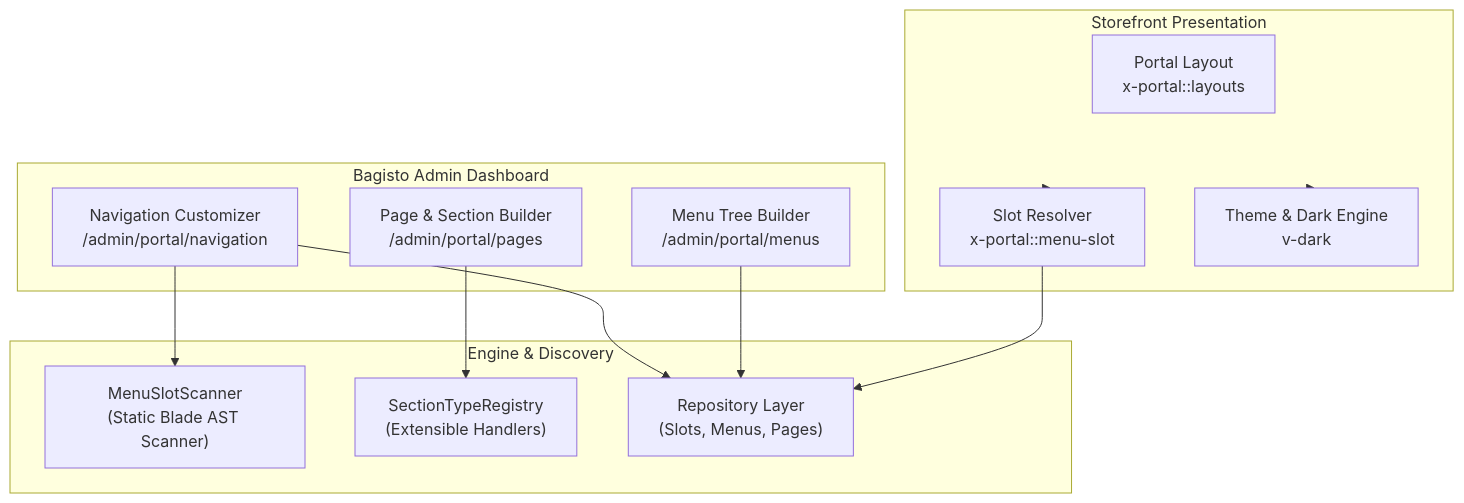
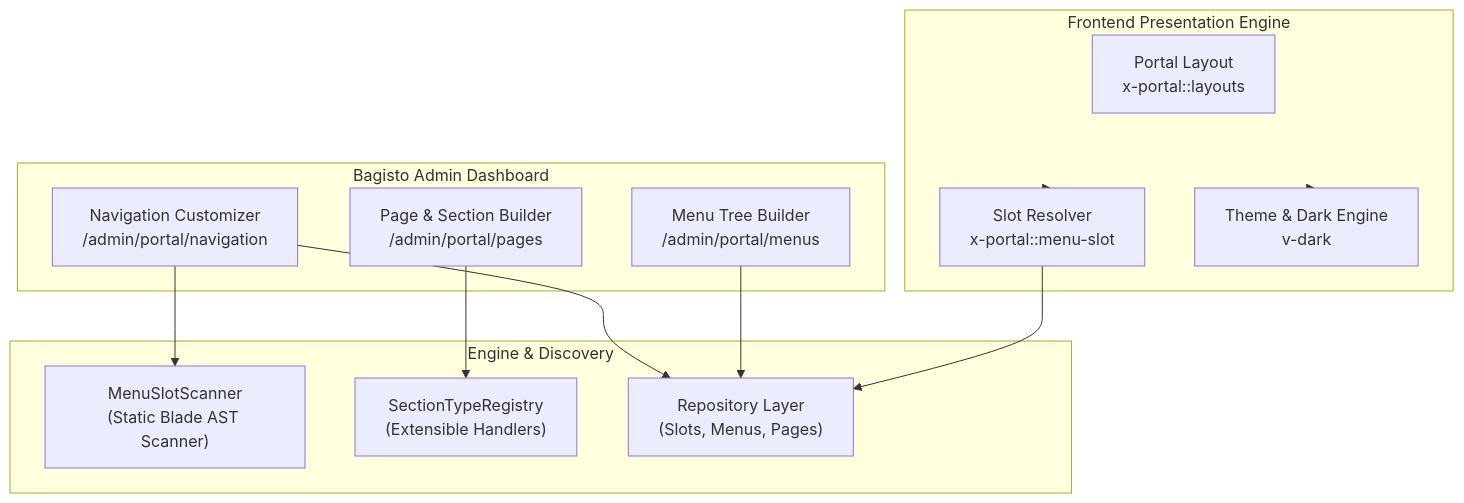
Before and after one commit to Hosamalbushri/bagisto-portal: the diagram in README.md, drawn with Mermaid. The commit also changed other lines of this file and 34 other files, not shown here.

````diff
--- a/README.md
+++ b/README.md
@@ -29,29 +30,29 @@
 ```mermaid
 flowchart TD
     subgraph Admin["Bagisto Admin Dashboard"]
         NavUI["Navigation Customizer<br/>/admin/portal/navigation"]
         MenuUI["Menu Tree Builder<br/>/admin/portal/menus"]
         PageUI["Page & Section Builder<br/>/admin/portal/pages"]
     end
 
     subgraph Core["Engine & Discovery"]
         Scanner["MenuSlotScanner<br/>(Static Blade AST Scanner)"]
         Registry["SectionTypeRegistry<br/>(Extensible Handlers)"]
         Repos["Repository Layer<br/>(Slots, Menus, Pages)"]
     end
 
-    subgraph Storefront["Storefront Presentation"]
+    subgraph Frontend["Frontend Presentation Engine"]
         Layout["Portal Layout<br/>x-portal::layouts"]
         SlotResolver["Slot Resolver<br/>x-portal::menu-slot"]
         ThemeEngine["Theme & Dark Engine<br/>v-dark"]
     end
 
     NavUI --> Scanner
     NavUI --> Repos
     MenuUI --> Repos
     PageUI --> Registry
 
-    Storefront --> ThemeEngine
-    Storefront --> SlotResolver
+    Frontend --> ThemeEngine
+    Frontend --> SlotResolver
     SlotResolver --> Repos
 ```
````
